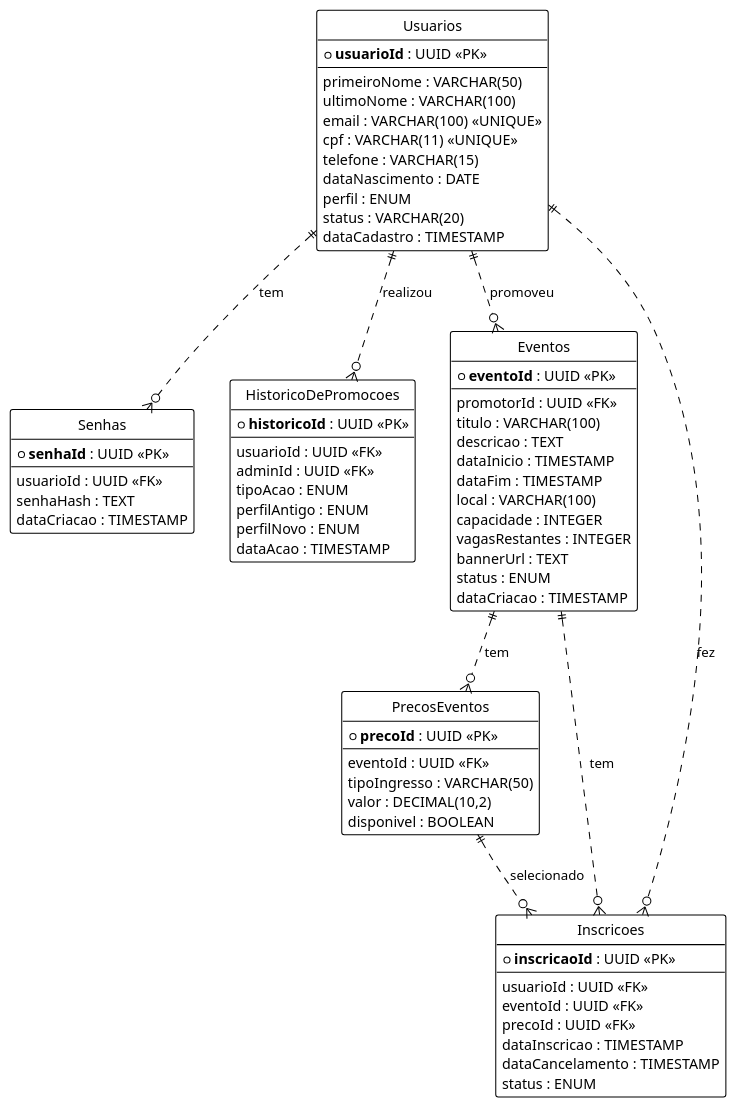
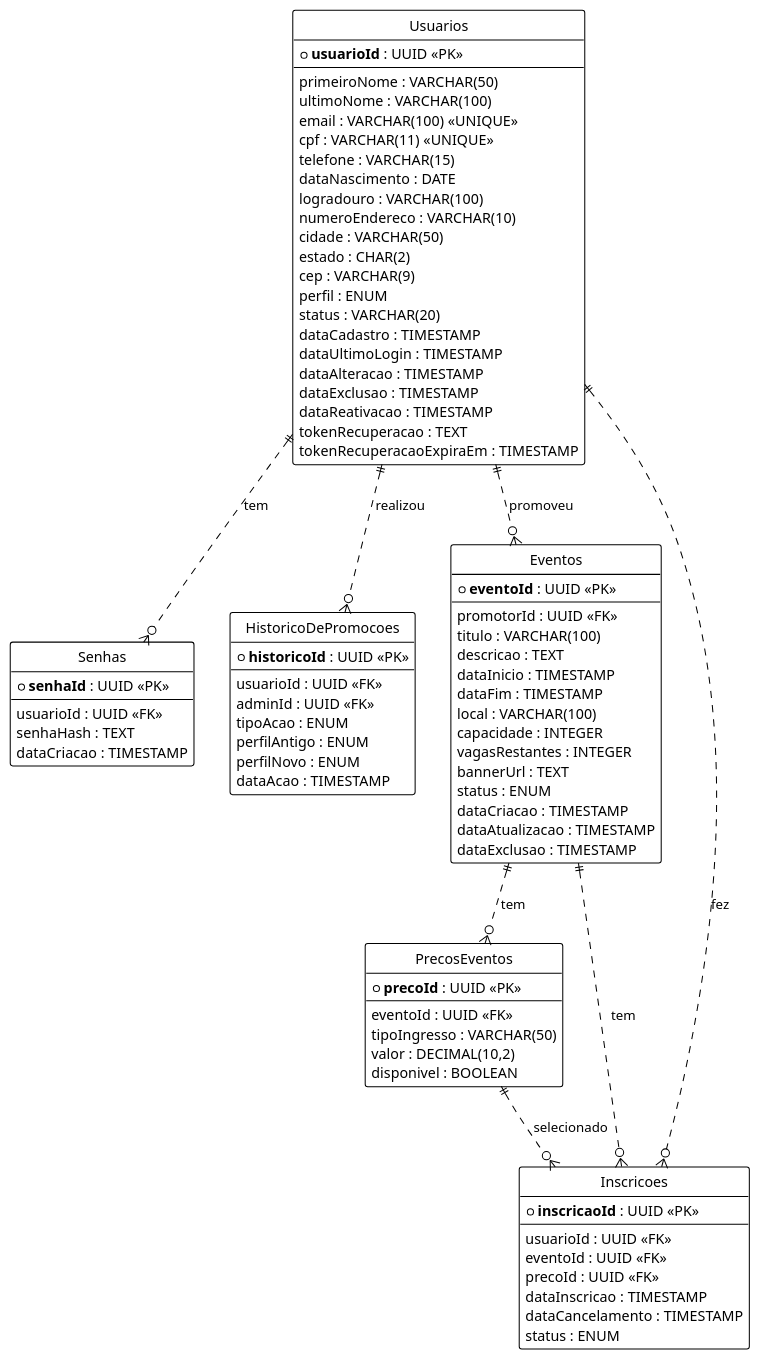
One commit to SIGEEV-Project/documentacao changed the diagram in Arquitetura/diagrama_bd.puml. Above: the diagram before and after it, drawn with PlantUML. The commit also changed 13 other files, not shown here.

```diff
--- a/Arquitetura/diagrama_bd.puml
+++ b/Arquitetura/diagrama_bd.puml
@@ -1,84 +1,97 @@
 @startuml
 !theme plain
 hide circle
 
 entity "Usuarios" {
   * **usuarioId** : UUID <<PK>>
   --
   primeiroNome : VARCHAR(50)
   ultimoNome : VARCHAR(100)
   email : VARCHAR(100) <<UNIQUE>>
   cpf : VARCHAR(11) <<UNIQUE>>
   telefone : VARCHAR(15)
   dataNascimento : DATE
+  logradouro : VARCHAR(100)
+  numeroEndereco : VARCHAR(10)
+  cidade : VARCHAR(50)
+  estado : CHAR(2)
+  cep : VARCHAR(9)
   perfil : ENUM
   status : VARCHAR(20)
   dataCadastro : TIMESTAMP
+  dataUltimoLogin : TIMESTAMP
+  dataAlteracao : TIMESTAMP
+  dataExclusao : TIMESTAMP
+  dataReativacao : TIMESTAMP
+  tokenRecuperacao : TEXT
+  tokenRecuperacaoExpiraEm : TIMESTAMP
 }
 
 entity "Senhas" {
   * **senhaId** : UUID <<PK>>
   --
   usuarioId : UUID <<FK>>
   senhaHash : TEXT
   dataCriacao : TIMESTAMP
 }
 
 entity "HistoricoDePromocoes" {
   * **historicoId** : UUID <<PK>>
   --
   usuarioId : UUID <<FK>>
   adminId : UUID <<FK>>
   tipoAcao : ENUM
   perfilAntigo : ENUM
   perfilNovo : ENUM
   dataAcao : TIMESTAMP
 }
 
 entity "Eventos" {
   * **eventoId** : UUID <<PK>>
   --
   promotorId : UUID <<FK>>
   titulo : VARCHAR(100)
   descricao : TEXT
   dataInicio : TIMESTAMP
   dataFim : TIMESTAMP
   local : VARCHAR(100)
   capacidade : INTEGER
   vagasRestantes : INTEGER
   bannerUrl : TEXT
   status : ENUM
   dataCriacao : TIMESTAMP
+  dataAtualizacao : TIMESTAMP
+  dataExclusao : TIMESTAMP
 }
 
 entity "PrecosEventos" {
   * **precoId** : UUID <<PK>>
   --
   eventoId : UUID <<FK>>
   tipoIngresso : VARCHAR(50)
   valor : DECIMAL(10,2)
   disponivel : BOOLEAN
 }
 
 entity "Inscricoes" {
   * **inscricaoId** : UUID <<PK>>
   --
   usuarioId : UUID <<FK>>
   eventoId : UUID <<FK>>
   precoId : UUID <<FK>>
   dataInscricao : TIMESTAMP
   dataCancelamento : TIMESTAMP
   status : ENUM
 }
 
 Usuarios ||..o{ Senhas : tem
 Usuarios ||..o{ HistoricoDePromocoes : realizou
 Usuarios ||..o{ Eventos : promoveu
 Usuarios ||..o{ Inscricoes : fez
 
 Eventos ||..o{ PrecosEventos : tem
 Eventos ||..o{ Inscricoes : tem
 
 PrecosEventos ||..o{ Inscricoes : selecionado
 
 @enduml
```
